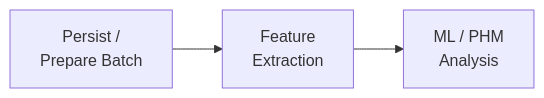
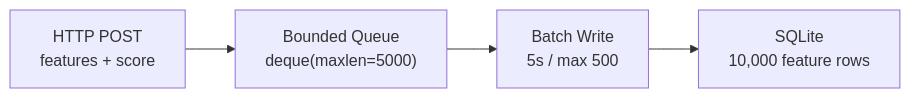
Before and after one commit to jiejiefu/blog: the fourth of 14 diagrams in content/en/projects/edge-ai-platform-ppt169/index.md, drawn with Mermaid. The commit also changed other lines of this file and 4 other files, not shown here.

````diff
--- a/content/en/projects/edge-ai-platform-ppt169/index.md
+++ b/content/en/projects/edge-ai-platform-ppt169/index.md
@@ -168,5 +174,6 @@
 ```mermaid
 flowchart LR
-    D["Persist /<br/>Prepare Batch"] --> E["Feature<br/>Extraction"]
-    E --> F["ML / PHM<br/>Analysis"]
+    E["HTTP POST<br/>features + score"] --> F["Bounded Queue<br/>deque(maxlen=5000)"]
+    F --> G["Batch Write<br/>5s / max 500"]
+    G --> H["SQLite<br/>10,000 feature rows"]
 ```
````
